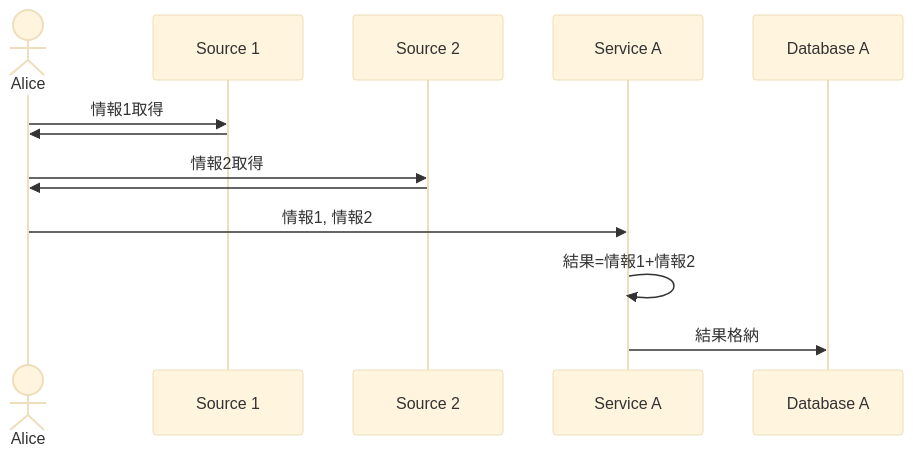
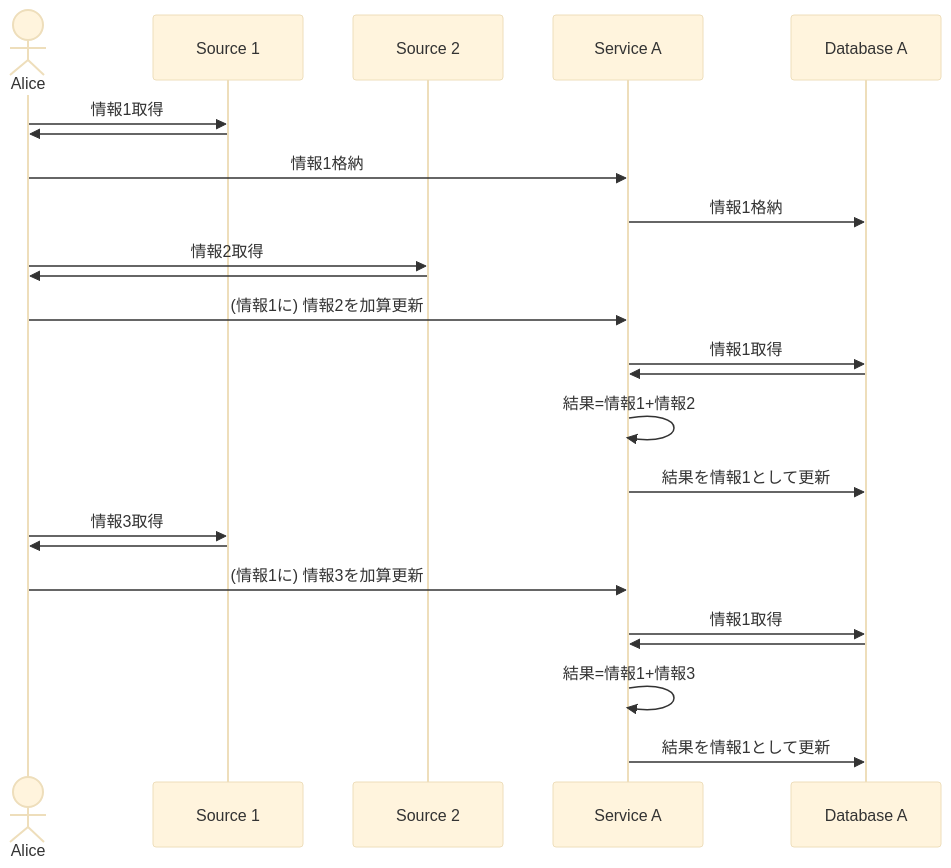
One commit to nota-ja/adventcalendar2022-memaid-example changed the diagram in sequence-example.md. Above: the diagram before and after it, drawn with Mermaid (base theme).

Commit message:
Sequence V2
複数回の情報加算に対応。

````diff
--- a/sequence-example.md
+++ b/sequence-example.md
@@ -1,16 +1,27 @@
 ```mermaid
 sequenceDiagram
     actor Alice
     participant Source 1
     participant Source 2
     participant Service A
     participant Database A
 
     Alice->>Source 1: 情報1取得
     Source 1->>Alice: 
+    Alice->>Service A: 情報1格納
+    Service A->>Database A: 情報1格納
     Alice->>Source 2: 情報2取得
     Source 2->>Alice: 
-    Alice->>Service A: 情報1, 情報2
+    Alice->>Service A: (情報1に) 情報2を加算更新
+    Service A->>Database A: 情報1取得
+    Database A->>Service A: 
     Service A->>Service A: 結果=情報1+情報2
-    Service A->>Database A: 結果格納
+    Service A->>Database A: 結果を情報1として更新
+    Alice->>Source 1: 情報3取得
+    Source 1->>Alice: 
+    Alice->>Service A: (情報1に) 情報3を加算更新
+    Service A->>Database A: 情報1取得
+    Database A->>Service A: 
+    Service A->>Service A: 結果=情報1+情報3
+    Service A->>Database A: 結果を情報1として更新
 ```
````
